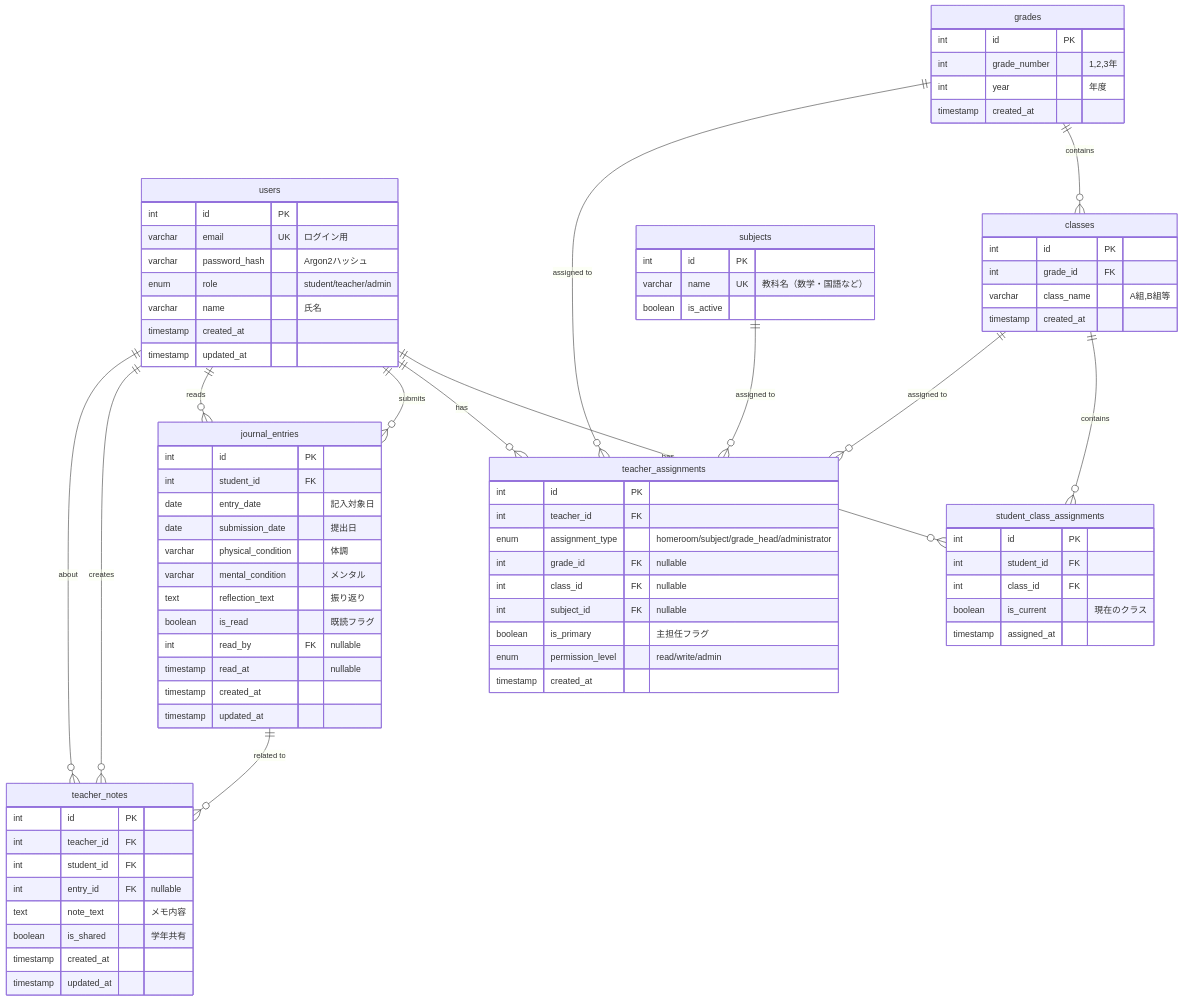
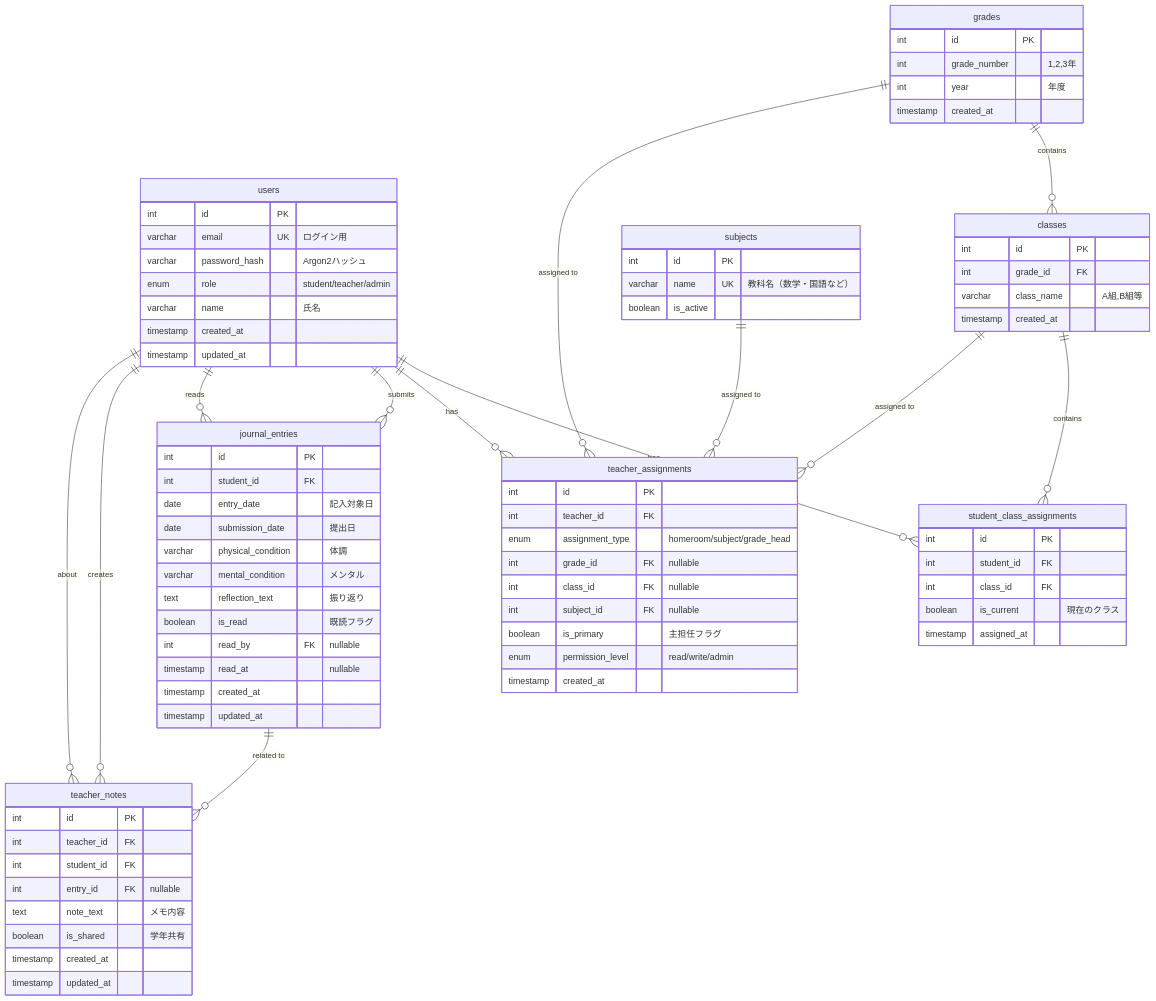
Before and after one commit to SungyongAn/portfolio: the diagram in re_contact_book_system/docs/er_diagram.mmd, drawn with Mermaid. The commit also changed 12 other files, not shown here.

```diff
--- a/re_contact_book_system/docs/er_diagram.mmd
+++ b/re_contact_book_system/docs/er_diagram.mmd
@@ -1,93 +1,93 @@
 erDiagram
     users ||--o{ student_class_assignments : "has"
     users ||--o{ teacher_assignments : "has"
     users ||--o{ journal_entries : "submits"
     users ||--o{ journal_entries : "reads"
     users ||--o{ teacher_notes : "creates"
     users ||--o{ teacher_notes : "about"
 
     grades ||--o{ classes : "contains"
     grades ||--o{ teacher_assignments : "assigned to"
 
     classes ||--o{ student_class_assignments : "contains"
     classes ||--o{ teacher_assignments : "assigned to"
 
     subjects ||--o{ teacher_assignments : "assigned to"
 
     journal_entries ||--o{ teacher_notes : "related to"
 
     users {
         int id PK
         varchar email UK "ログイン用"
         varchar password_hash "Argon2ハッシュ"
         enum role "student/teacher/admin"
         varchar name "氏名"
         timestamp created_at
         timestamp updated_at
     }
 
     grades {
         int id PK
         int grade_number "1,2,3年"
         int year "年度"
         timestamp created_at
     }
 
     classes {
         int id PK
         int grade_id FK
         varchar class_name "A組,B組等"
         timestamp created_at
     }
 
     subjects {
         int id PK
         varchar name UK "教科名（数学・国語など）"
         boolean is_active
     }
 
     student_class_assignments {
         int id PK
         int student_id FK
         int class_id FK
         boolean is_current "現在のクラス"
         timestamp assigned_at
     }
 
     teacher_assignments {
         int id PK
         int teacher_id FK
-        enum assignment_type "homeroom/subject/grade_head/administrator"
+        enum assignment_type "homeroom/subject/grade_head"
         int grade_id FK "nullable"
         int class_id FK "nullable"
         int subject_id FK "nullable"
         boolean is_primary "主担任フラグ"
         enum permission_level "read/write/admin"
         timestamp created_at
     }
 
     journal_entries {
         int id PK
         int student_id FK
         date entry_date "記入対象日"
         date submission_date "提出日"
         varchar physical_condition "体調"
         varchar mental_condition "メンタル"
         text reflection_text "振り返り"
         boolean is_read "既読フラグ"
         int read_by FK "nullable"
         timestamp read_at "nullable"
         timestamp created_at
         timestamp updated_at
     }
 
     teacher_notes {
         int id PK
         int teacher_id FK
         int student_id FK
         int entry_id FK "nullable"
         text note_text "メモ内容"
         boolean is_shared "学年共有"
         timestamp created_at
         timestamp updated_at
     }
```
